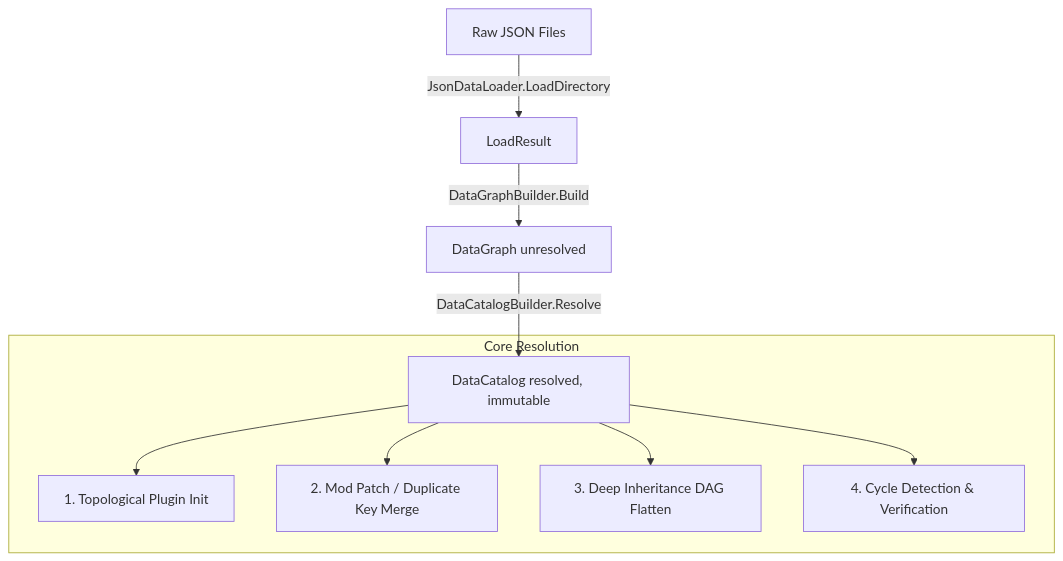
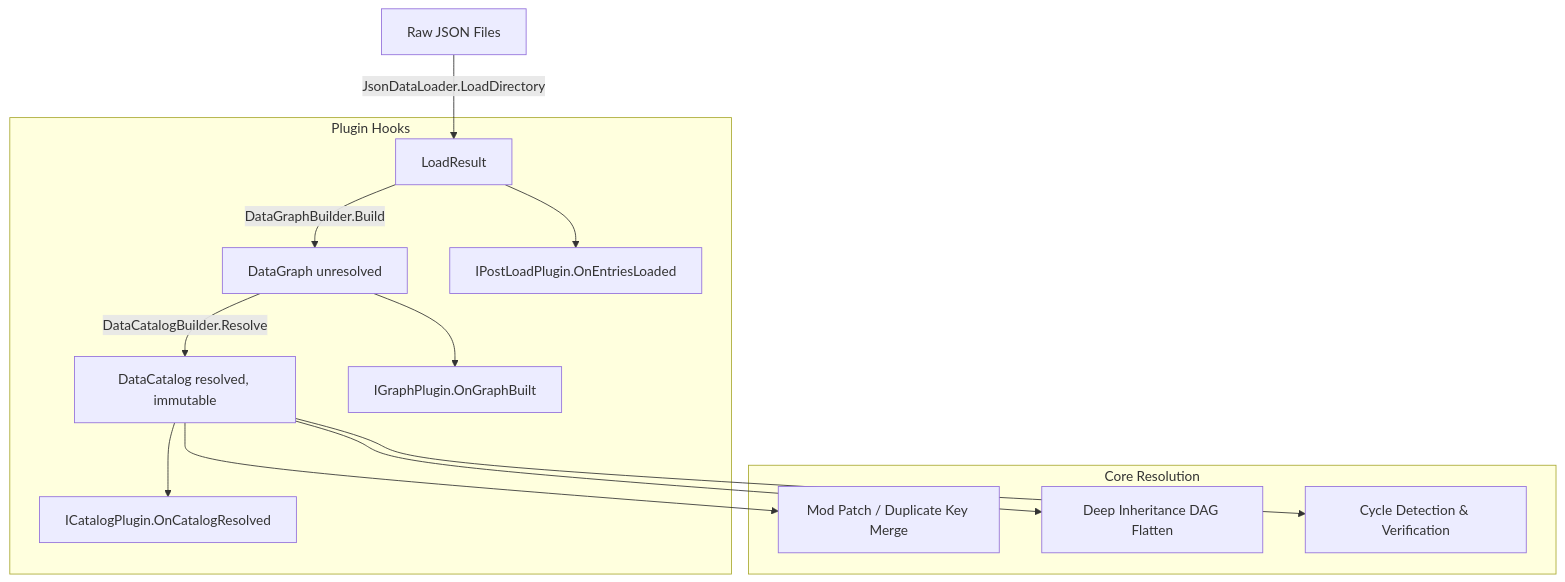
One commit to fm39hz/DataCatalyst changed the diagram in README.md. Above: the diagram before and after it, drawn with Mermaid. The commit also changed other lines of this file and 9 other files, not shown here.

````diff
--- a/README.md
+++ b/README.md
@@ -58,13 +58,18 @@
 ```mermaid
 graph TD
     A[Raw JSON Files] -->|JsonDataLoader.LoadDirectory| B[LoadResult]
     B -->|DataGraphBuilder.Build| C[DataGraph unresolved]
     C -->|DataCatalogBuilder.Resolve| D[DataCatalog resolved, immutable]
 
+    subgraph Plugin Hooks
+        B --> P1[IPostLoadPlugin.OnEntriesLoaded]
+        C --> P2[IGraphPlugin.OnGraphBuilt]
+        D --> P3[ICatalogPlugin.OnCatalogResolved]
+    end
+
     subgraph Core Resolution
-        D --> D1[1. Topological Plugin Init]
-        D --> D2[2. Mod Patch / Duplicate Key Merge]
-        D --> D3[3. Deep Inheritance DAG Flatten]
-        D --> D4[4. Cycle Detection & Verification]
+        D --> D1[Mod Patch / Duplicate Key Merge]
+        D --> D2[Deep Inheritance DAG Flatten]
+        D --> D3[Cycle Detection & Verification]
     end
 ```
````
